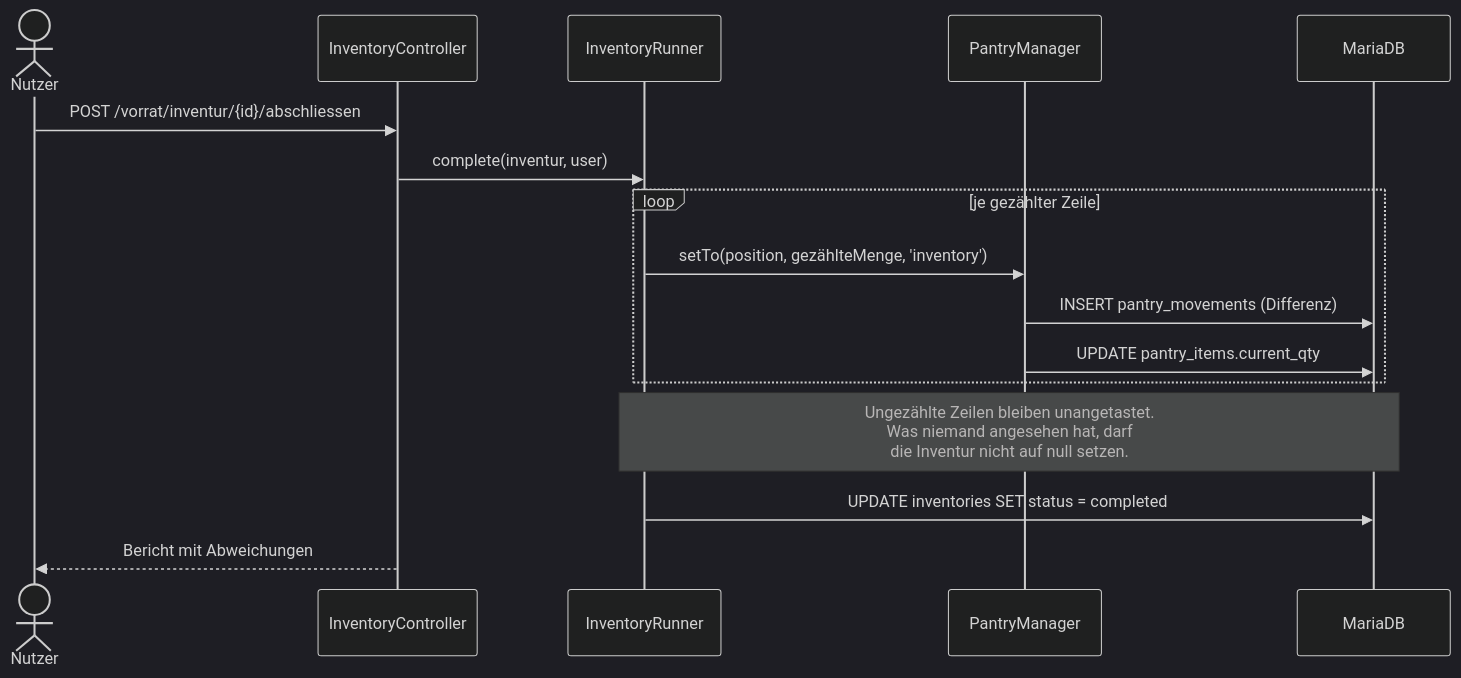
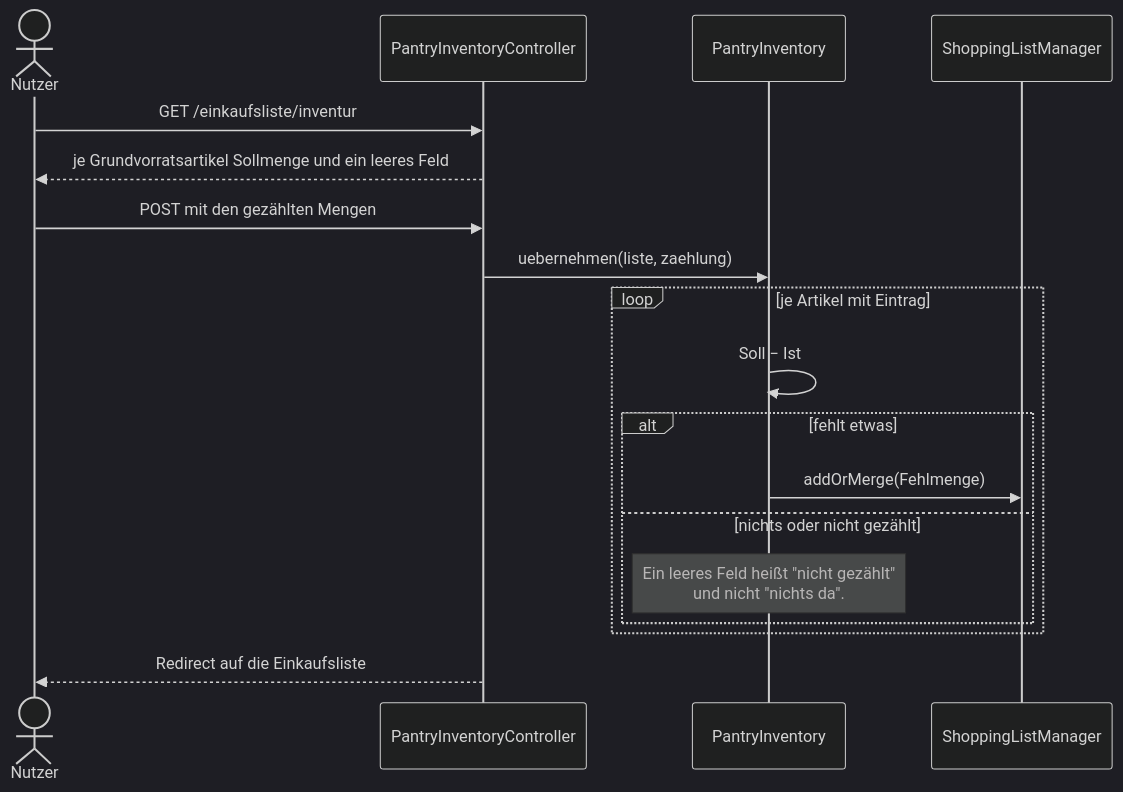
Before and after one commit to MarkusBrezing/Wocheneinkauf: diagram 13 of 19 in docs/Wocheneinkauf-Technische-Dokumentation.md, drawn with Mermaid (dark theme). The commit also changed other lines of this file and 21 other files, not shown here.

````diff
--- a/docs/Wocheneinkauf-Technische-Dokumentation.md
+++ b/docs/Wocheneinkauf-Technische-Dokumentation.md
@@ -523,19 +505,21 @@
 ```mermaid
 sequenceDiagram
     actor N as Nutzer
-    participant C as InventoryController
-    participant R as InventoryRunner
-    participant P as PantryManager
-    participant DB as MariaDB
+    participant C as PantryInventoryController
+    participant P as PantryInventory
+    participant M as ShoppingListManager
 
-    N->>C: POST /vorrat/inventur/{id}/abschliessen
-    C->>R: complete(inventur, user)
-    loop je gezählter Zeile
-        R->>P: setTo(position, gezählteMenge, 'inventory')
-        P->>DB: INSERT pantry_movements (Differenz)
-        P->>DB: UPDATE pantry_items.current_qty
+    N->>C: GET /einkaufsliste/inventur
+    C-->>N: je Grundvorratsartikel Sollmenge und ein leeres Feld
+    N->>C: POST mit den gezählten Mengen
+    C->>P: uebernehmen(liste, zaehlung)
+    loop je Artikel mit Eintrag
+        P->>P: Soll − Ist
+        alt fehlt etwas
+            P->>M: addOrMerge(Fehlmenge)
+        else nichts oder nicht gezählt
+            Note over P: Ein leeres Feld heißt "nicht gezählt"<br/>und nicht "nichts da".
+        end
     end
-    Note over R,DB: Ungezählte Zeilen bleiben unangetastet.<br/>Was niemand angesehen hat, darf<br/>die Inventur nicht auf null setzen.
-    R->>DB: UPDATE inventories SET status = completed
-    C-->>N: Bericht mit Abweichungen
+    C-->>N: Redirect auf die Einkaufsliste
 ```
````
